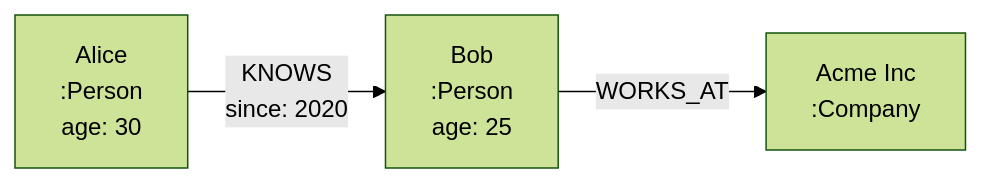
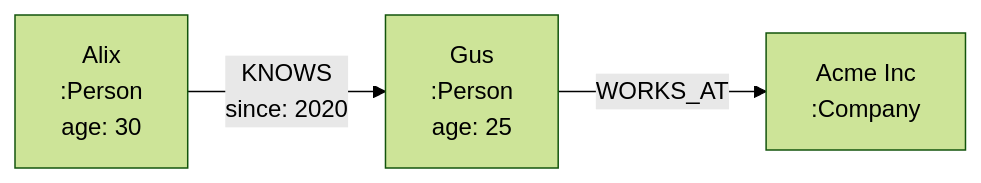
One commit to Imaclean74/grafeo changed the diagram in docs/user-guide/data-model/index.md. Above: the diagram before and after it, drawn with Mermaid (forest theme). The commit also changed 92 other files, not shown here.

````diff
--- a/docs/user-guide/data-model/index.md
+++ b/docs/user-guide/data-model/index.md
@@ -20,5 +20,5 @@
 ```mermaid
 graph LR
-    A[Alice<br/>:Person<br/>age: 30] -->|KNOWS<br/>since: 2020| B[Bob<br/>:Person<br/>age: 25]
+    A[Alix<br/>:Person<br/>age: 30] -->|KNOWS<br/>since: 2020| B[Gus<br/>:Person<br/>age: 25]
     B -->|WORKS_AT| C[Acme Inc<br/>:Company]
 ```
````
